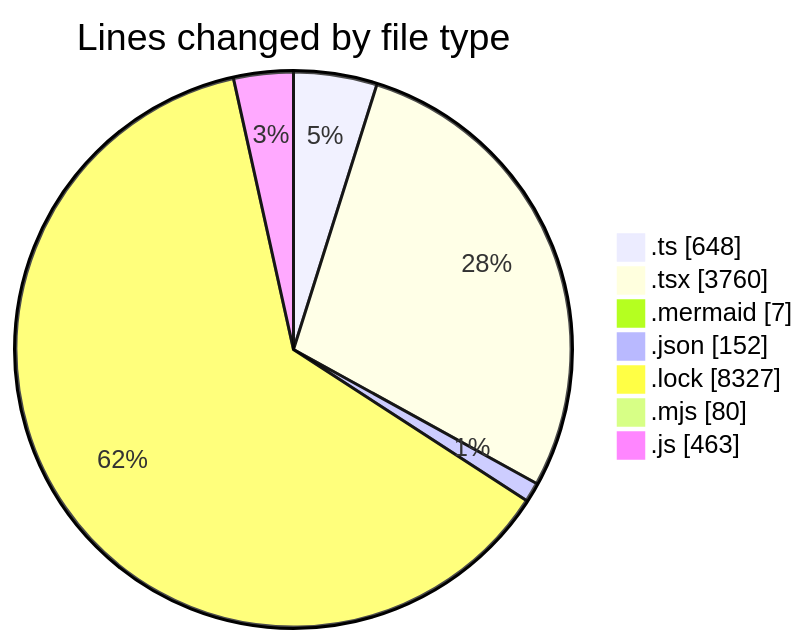
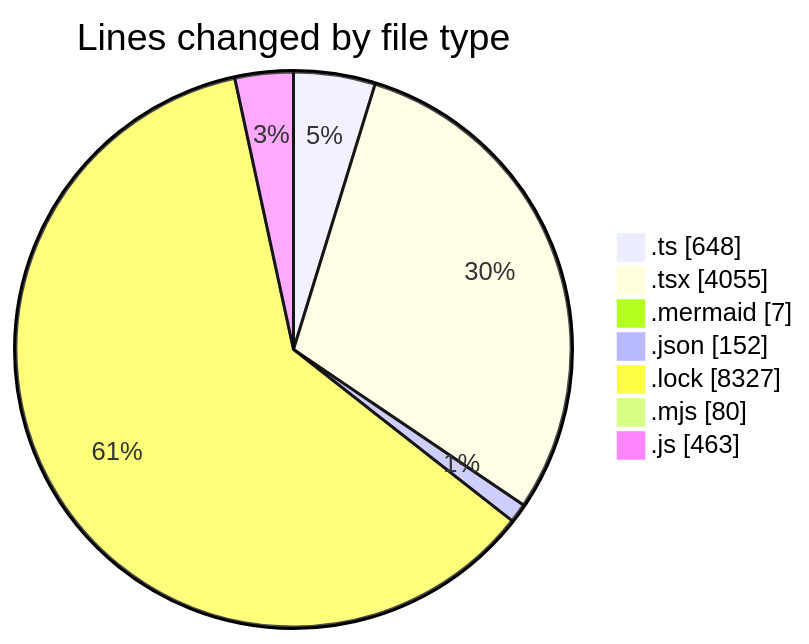
The first of 2 diagrams in 2026-09-08/cda/README.md (momahboobian/code-tracking), drawn with Mermaid before and after one commit. The commit also changed other lines of this file and 1 other file, not shown here.

````diff
--- a/2026-09-08/cda/README.md
+++ b/2026-09-08/cda/README.md
@@ -49,11 +49,11 @@
 ```mermaid
 pie showData
 title Lines changed by file type
 ".ts" : 648
-".tsx" : 3760
+".tsx" : 4055
 ".mermaid" : 7
 ".json" : 152
 ".lock" : 8327
 ".mjs" : 80
 ".js" : 463
 ```
````
